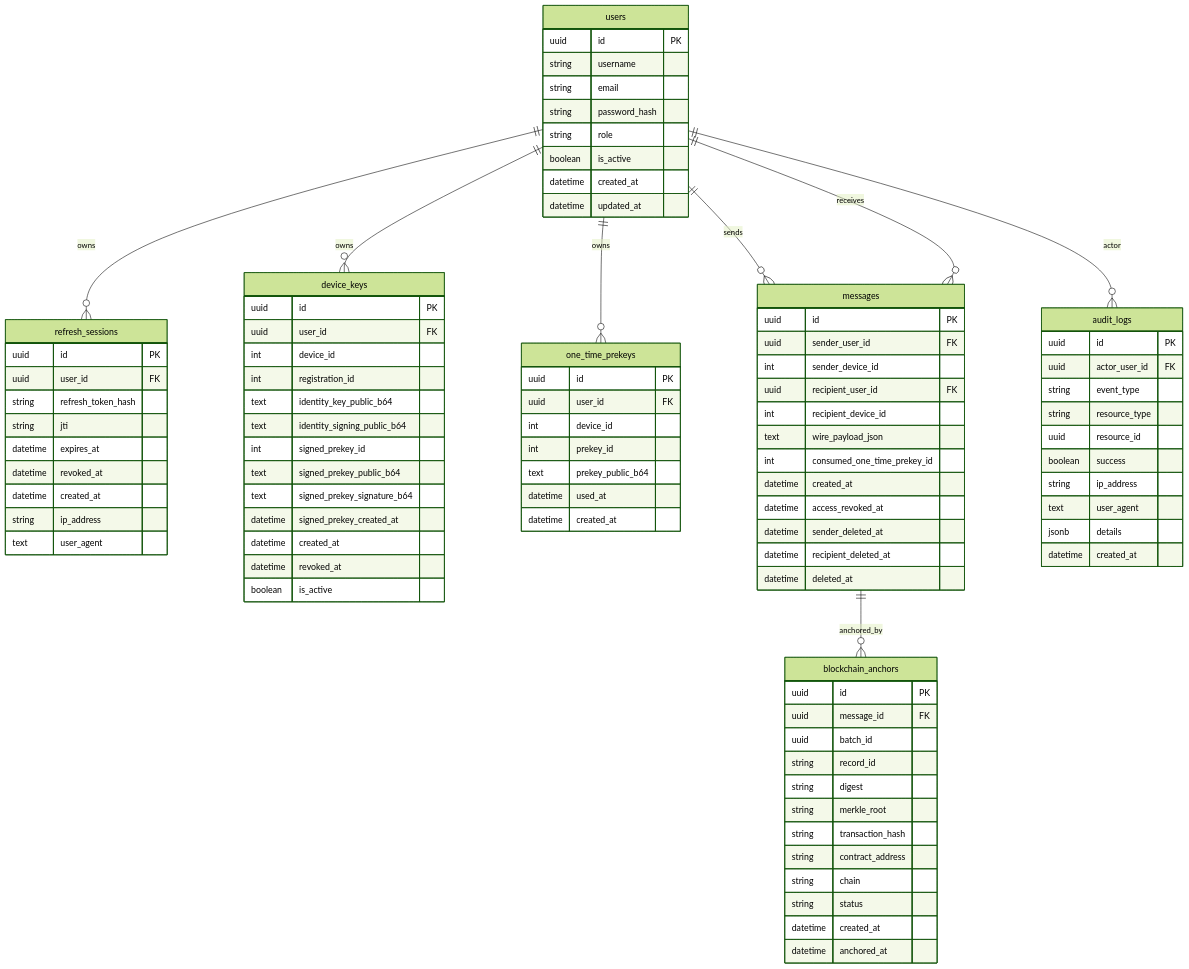
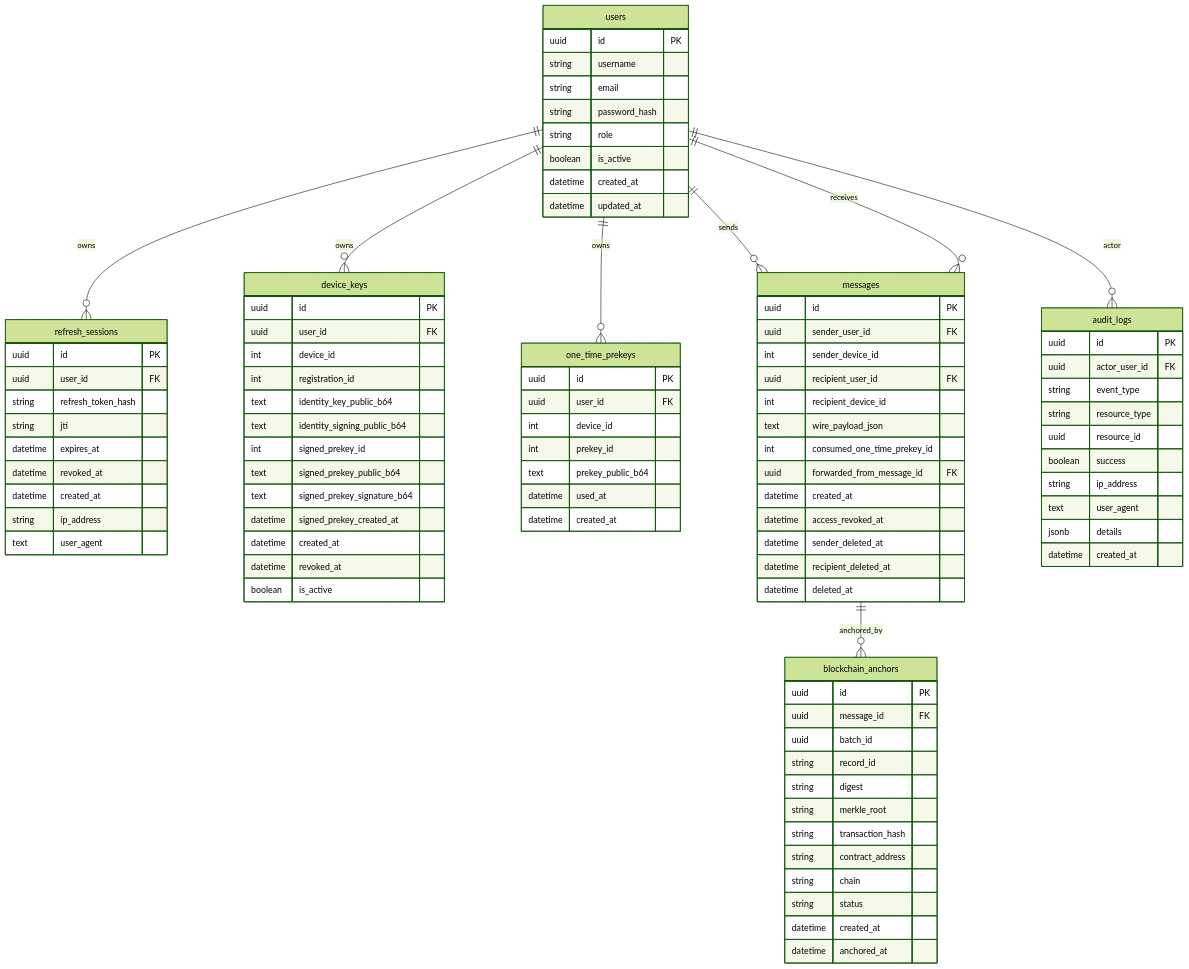
One commit to EoinOKelly/Epic-KFC changed the diagram in server/docs/database/database_design.md. Above: the diagram before and after it, drawn with Mermaid (forest theme). The commit also changed other lines of this file and 18 other files, not shown here.

```diff
--- a/server/docs/database/database_design.md
+++ b/server/docs/database/database_design.md
@@ -86,6 +86,7 @@
         int recipient_device_id
         text wire_payload_json
         int consumed_one_time_prekey_id
+        uuid forwarded_from_message_id FK
         datetime created_at
         datetime access_revoked_at
         datetime sender_deleted_at
```
